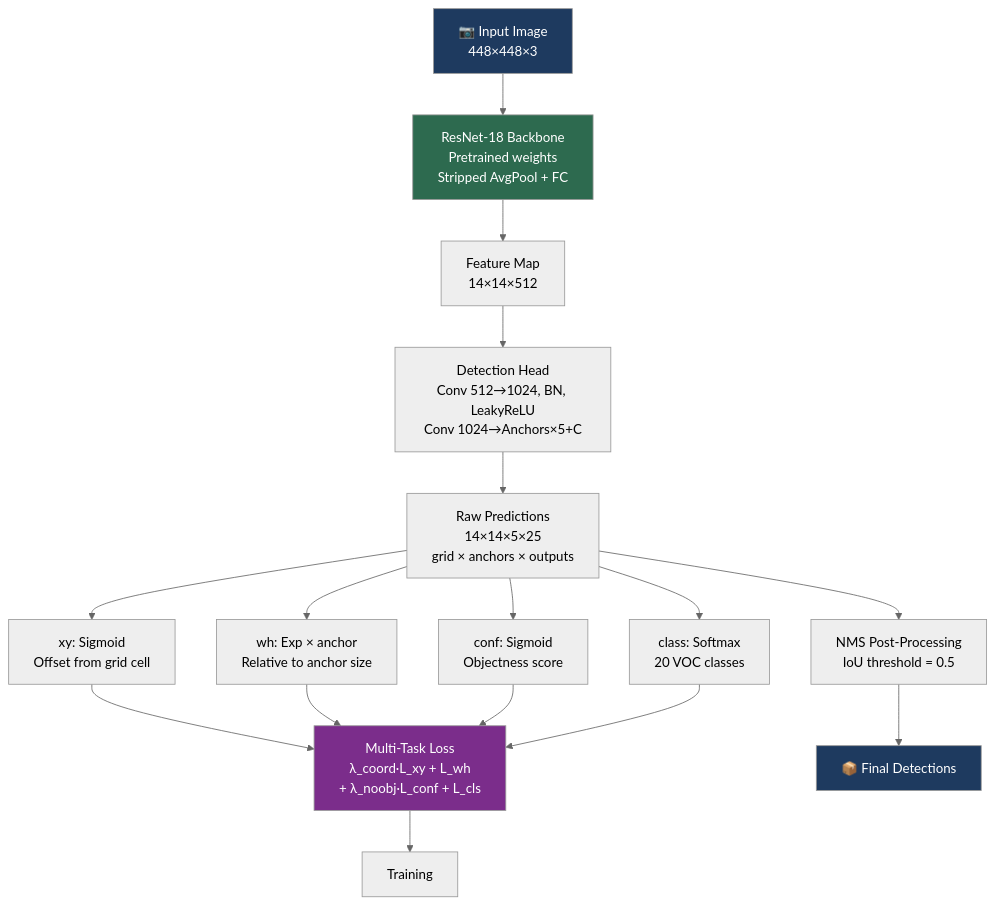
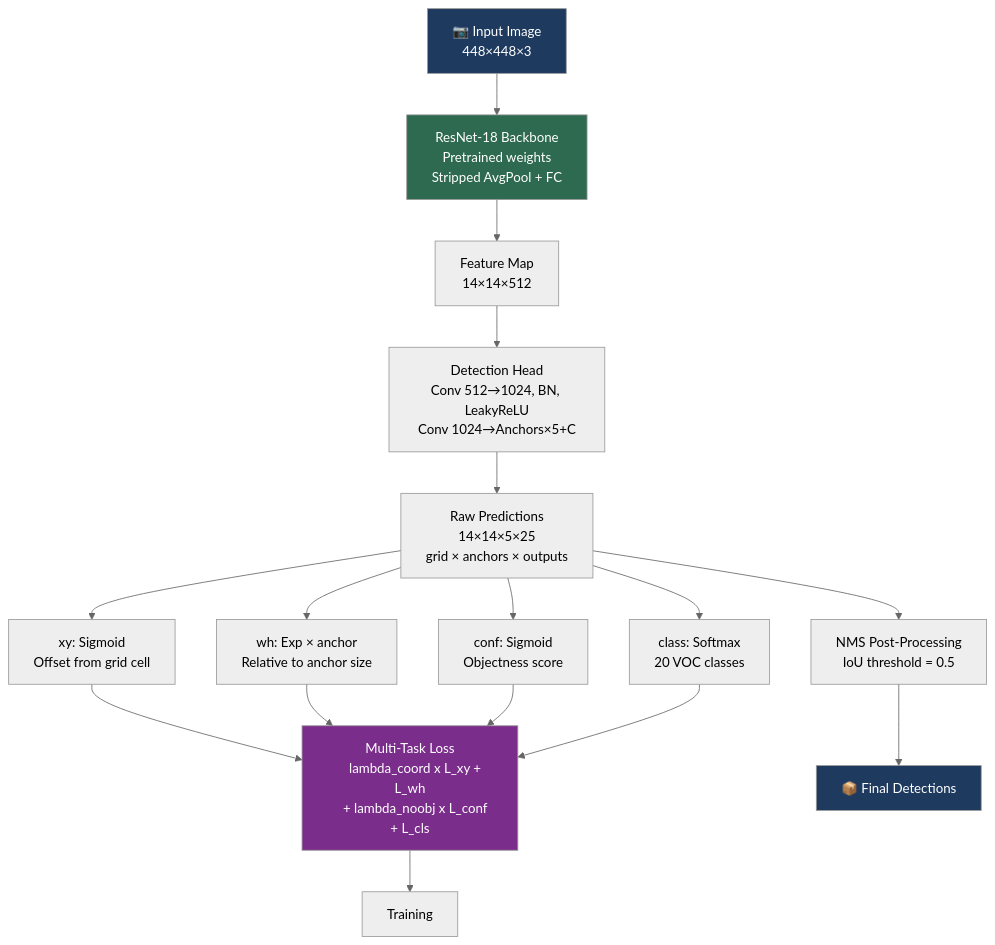
Before and after one commit to MAYANK12-WQ/Object-Detection-from-Scratch: the diagram in README.md, drawn with Mermaid (neutral theme).

Commit message:
fix: replace parallel edge syntax in Mermaid diagram
Replaced F1 & F2 & F3 & F4 --> G parallel edge syntax with individual
edges for compatibility across all Mermaid renderer versions. Also
replaced Unicode lambda/dot symbols with plain ASCII in node labels.

````diff
--- a/README.md
+++ b/README.md
@@ -55,20 +55,25 @@
 ```mermaid
 flowchart TD
     A[📷 Input Image\n448×448×3] --> B[ResNet-18 Backbone\nPretrained weights\nStripped AvgPool + FC]
     B --> C[Feature Map\n14×14×512]
     C --> D[Detection Head\nConv 512→1024, BN, LeakyReLU\nConv 1024→Anchors×5+C]
     D --> E[Raw Predictions\n14×14×5×25\ngrid × anchors × outputs]
     E --> F1[xy: Sigmoid\nOffset from grid cell]
     E --> F2[wh: Exp × anchor\nRelative to anchor size]
     E --> F3[conf: Sigmoid\nObjectness score]
     E --> F4[class: Softmax\n20 VOC classes]
-    F1 & F2 & F3 & F4 --> G[Multi-Task Loss\nλ_coord·L_xy + L_wh\n+ λ_noobj·L_conf + L_cls]
+    F1 --> G[Multi-Task Loss
+    lambda_coord x L_xy + L_wh
+    + lambda_noobj x L_conf + L_cls]
+    F2 --> G
+    F3 --> G
+    F4 --> G
     G --> H[Training]
     E --> I[NMS Post-Processing\nIoU threshold = 0.5]
     I --> J[📦 Final Detections]
 
     style A fill:#1e3a5f,color:#fff
     style B fill:#2d6a4f,color:#fff
     style G fill:#7b2d8b,color:#fff
     style J fill:#1e3a5f,color:#fff
 ```
````
